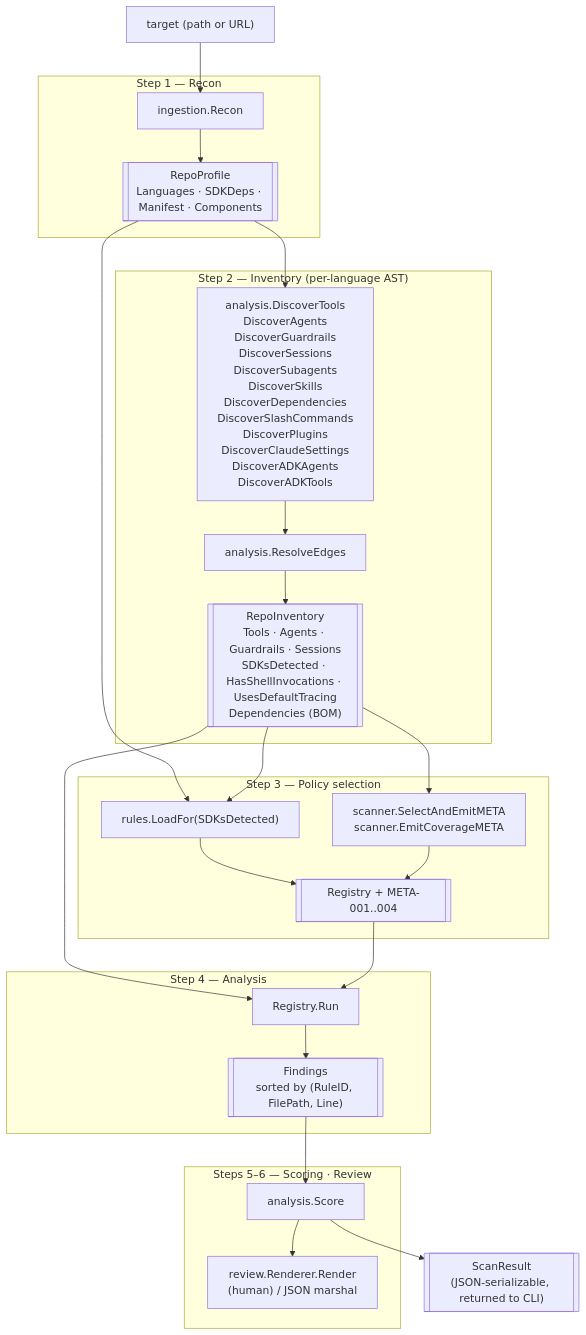
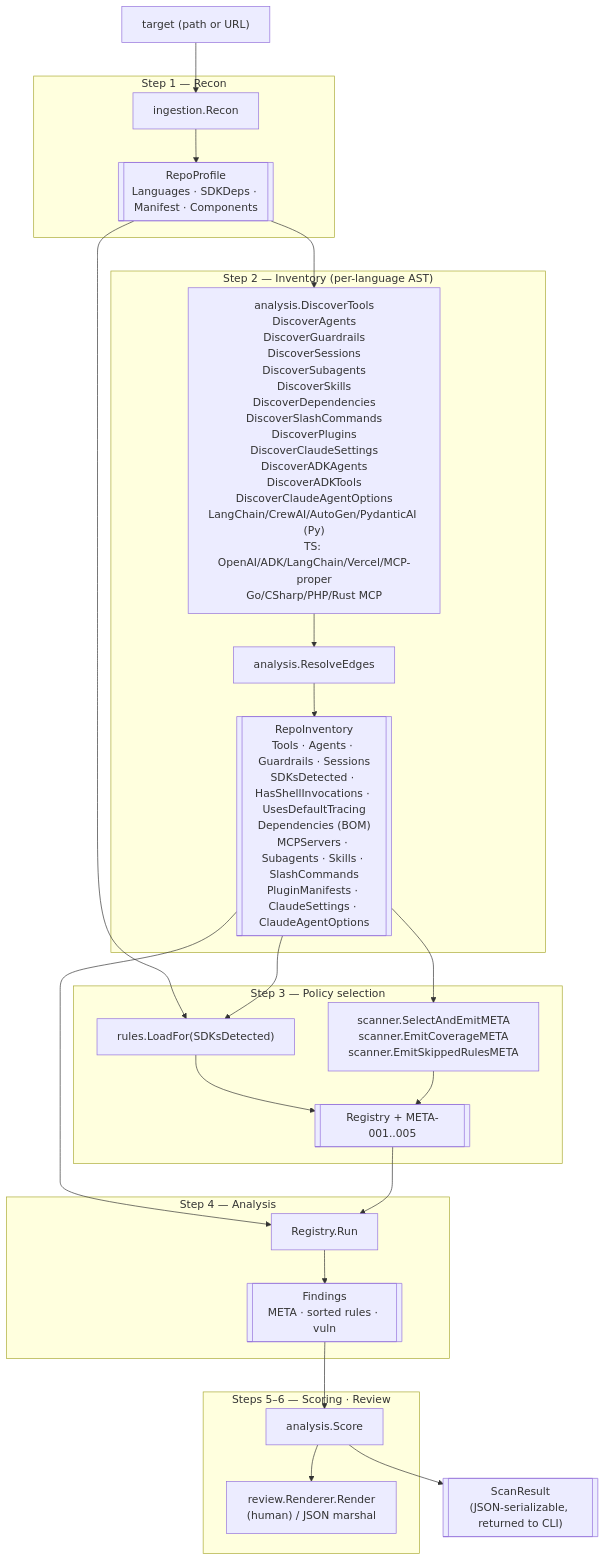
The first of 4 diagrams in ARCHITECTURE.md (trustabl/trustabl), drawn with Mermaid before and after one commit. The commit also changed other lines of this file and 2 other files, not shown here.

First line of the commit message:
docs: reconcile ARCHITECTURE.md and schema.yaml with current code

````diff
--- a/ARCHITECTURE.md
+++ b/ARCHITECTURE.md
@@ -314,49 +314,49 @@
 ```mermaid
 flowchart TD
     target["target (path or URL)"]
 
     subgraph S1["Step 1 — Recon"]
         recon["ingestion.Recon"]
         profile[["RepoProfile<br/>Languages · SDKDeps · Manifest · Components"]]
         recon --> profile
     end
 
     subgraph S2["Step 2 — Inventory (per-language AST)"]
-        disc["analysis.DiscoverTools<br/>DiscoverAgents<br/>DiscoverGuardrails<br/>DiscoverSessions<br/>DiscoverSubagents<br/>DiscoverSkills<br/>DiscoverDependencies<br/>DiscoverSlashCommands<br/>DiscoverPlugins<br/>DiscoverClaudeSettings<br/>DiscoverADKAgents<br/>DiscoverADKTools"]
+        disc["analysis.DiscoverTools<br/>DiscoverAgents<br/>DiscoverGuardrails<br/>DiscoverSessions<br/>DiscoverSubagents<br/>DiscoverSkills<br/>DiscoverDependencies<br/>DiscoverSlashCommands<br/>DiscoverPlugins<br/>DiscoverClaudeSettings<br/>DiscoverADKAgents<br/>DiscoverADKTools<br/>DiscoverClaudeAgentOptions<br/>LangChain/CrewAI/AutoGen/PydanticAI (Py)<br/>TS: OpenAI/ADK/LangChain/Vercel/MCP-proper<br/>Go/CSharp/PHP/Rust MCP"]
         edges["analysis.ResolveEdges"]
-        inv[["RepoInventory<br/>Tools · Agents · Guardrails · Sessions<br/>SDKsDetected · HasShellInvocations · UsesDefaultTracing<br/>Dependencies (BOM)"]]
+        inv[["RepoInventory<br/>Tools · Agents · Guardrails · Sessions<br/>SDKsDetected · HasShellInvocations · UsesDefaultTracing<br/>Dependencies (BOM)<br/>MCPServers · Subagents · Skills · SlashCommands<br/>PluginManifests · ClaudeSettings · ClaudeAgentOptions"]]
         disc --> edges --> inv
     end
 
     subgraph S3["Step 3 — Policy selection"]
         loadfor["rules.LoadFor(SDKsDetected)"]
-        meta["scanner.SelectAndEmitMETA<br/>scanner.EmitCoverageMETA"]
-        reg[["Registry + META-001..004"]]
+        meta["scanner.SelectAndEmitMETA<br/>scanner.EmitCoverageMETA<br/>scanner.EmitSkippedRulesMETA"]
+        reg[["Registry + META-001..005"]]
         loadfor --> reg
         meta --> reg
     end
 
     subgraph S4["Step 4 — Analysis"]
         run["Registry.Run"]
-        findings[["Findings<br/>sorted by (RuleID, FilePath, Line)"]]
+        findings[["Findings<br/>META · sorted rules · vuln"]]
         run --> findings
     end
 
     subgraph S56["Steps 5–6 — Scoring · Review"]
         score["analysis.Score"]
         render["review.Renderer.Render<br/>(human) / JSON marshal"]
         score --> render
     end
 
     result[["ScanResult<br/>(JSON-serializable, returned to CLI)"]]
 
     target --> recon
     profile --> disc
     profile --> loadfor
     inv --> loadfor
     inv --> meta
     inv --> run
     reg --> run
     findings --> score
     score --> result
 ```
````
